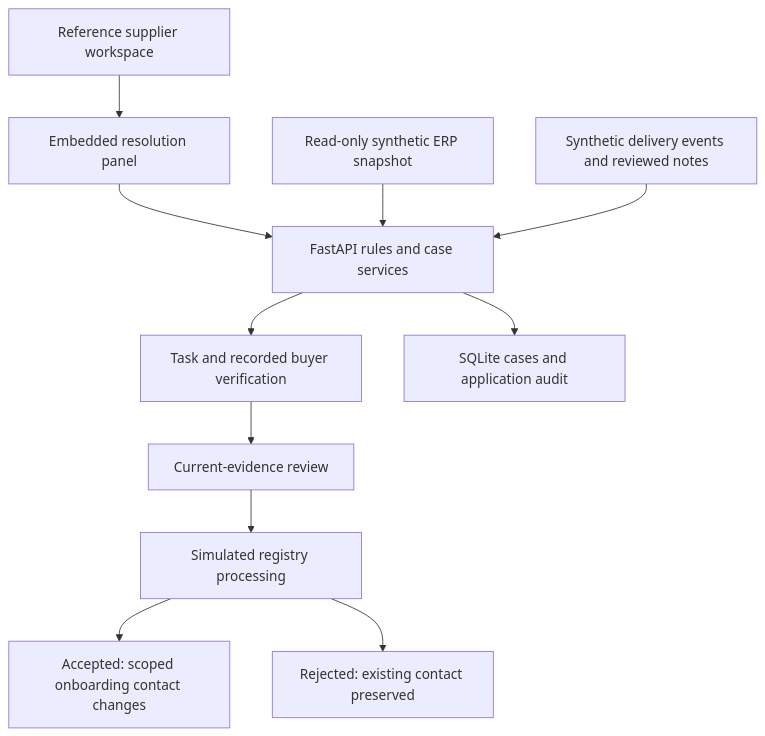
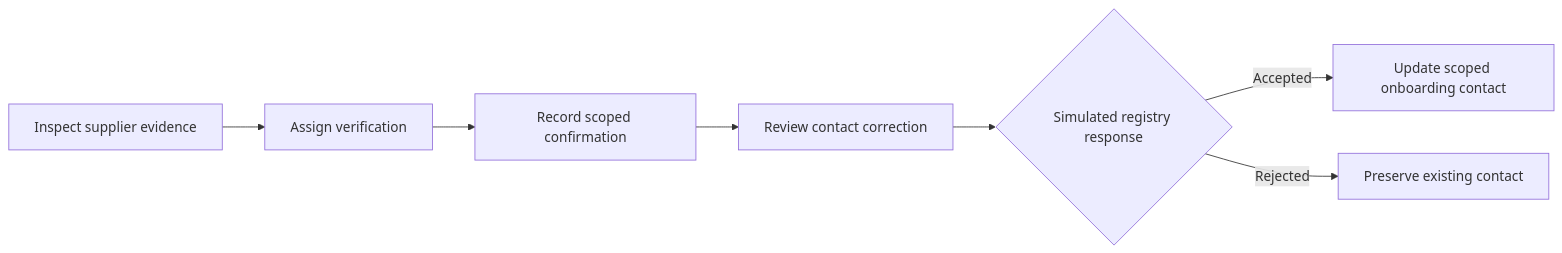
The diagram in README.md (mann13072/supplier-onboarding-resolution), drawn with Mermaid before and after one commit. The commit also changed other lines of this file, not shown here.

Commit message:
docs: clarify supplier resolution workflow and data controls

````diff
--- a/README.md
+++ b/README.md
@@ -109,13 +15,9 @@
 ```mermaid
-flowchart TD
-    A[Reference supplier workspace] --> B[Embedded resolution panel]
-    B --> C[FastAPI rules and case services]
-    D[Read-only synthetic ERP snapshot] --> C
-    E[Synthetic delivery events and reviewed notes] --> C
-    C --> F[Task and recorded buyer verification]
-    F --> G[Current-evidence review]
-    G --> H[Simulated registry processing]
-    H --> I[Accepted: scoped onboarding contact changes]
-    H --> J[Rejected: existing contact preserved]
-    C --> K[SQLite cases and application audit]
+flowchart LR
+    A[Inspect supplier evidence] --> B[Assign verification]
+    B --> C[Record scoped confirmation]
+    C --> D[Review contact correction]
+    D --> E{Simulated registry response}
+    E -->|Accepted| F[Update scoped onboarding contact]
+    E -->|Rejected| G[Preserve existing contact]
 ```
````
